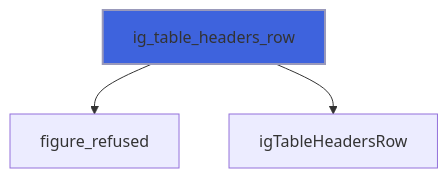
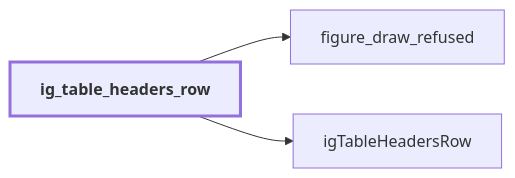
Diagram 13 of 40 in docs/api/src/lib/figure_group.md (szaghi/figure), drawn with Mermaid before and after one commit. The commit also changed other lines of this file and 54 other files, not shown here.

````diff
--- a/docs/api/src/lib/figure_group.md
+++ b/docs/api/src/lib/figure_group.md
@@ -312,6 +550,9 @@
 ```mermaid
-flowchart TD
-  ig_table_headers_row["ig_table_headers_row"] --> figure_refused["figure_refused"]
+flowchart LR
+  ig_table_headers_row["ig_table_headers_row"] --> figure_draw_refused["figure_draw_refused"]
   ig_table_headers_row["ig_table_headers_row"] --> igTableHeadersRow["igTableHeadersRow"]
-  style ig_table_headers_row fill:#3e63dd,stroke:#99b,stroke-width:2px
+  classDef focus stroke-width:3px,font-weight:bold
+  class ig_table_headers_row focus
+  click figure_draw_refused href "figure_base.html#figure-draw-refused" "figure_draw_refused"
+  click igTableHeadersRow href "figure_cimgui.html#igtableheadersrow" "igTableHeadersRow"
 ```
````
